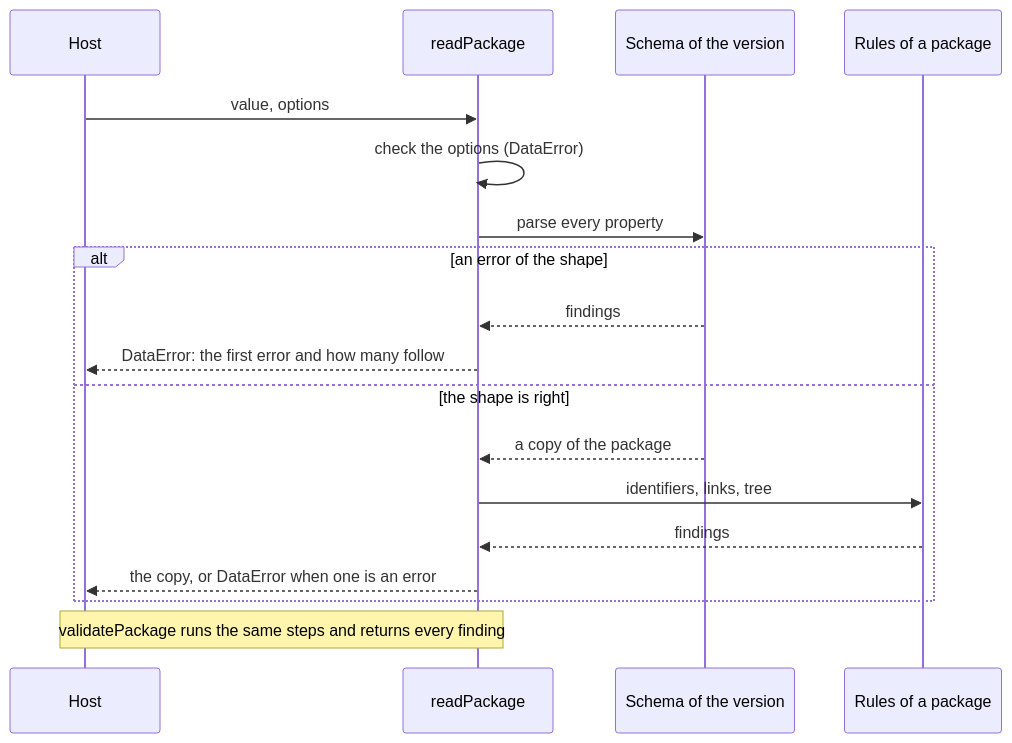
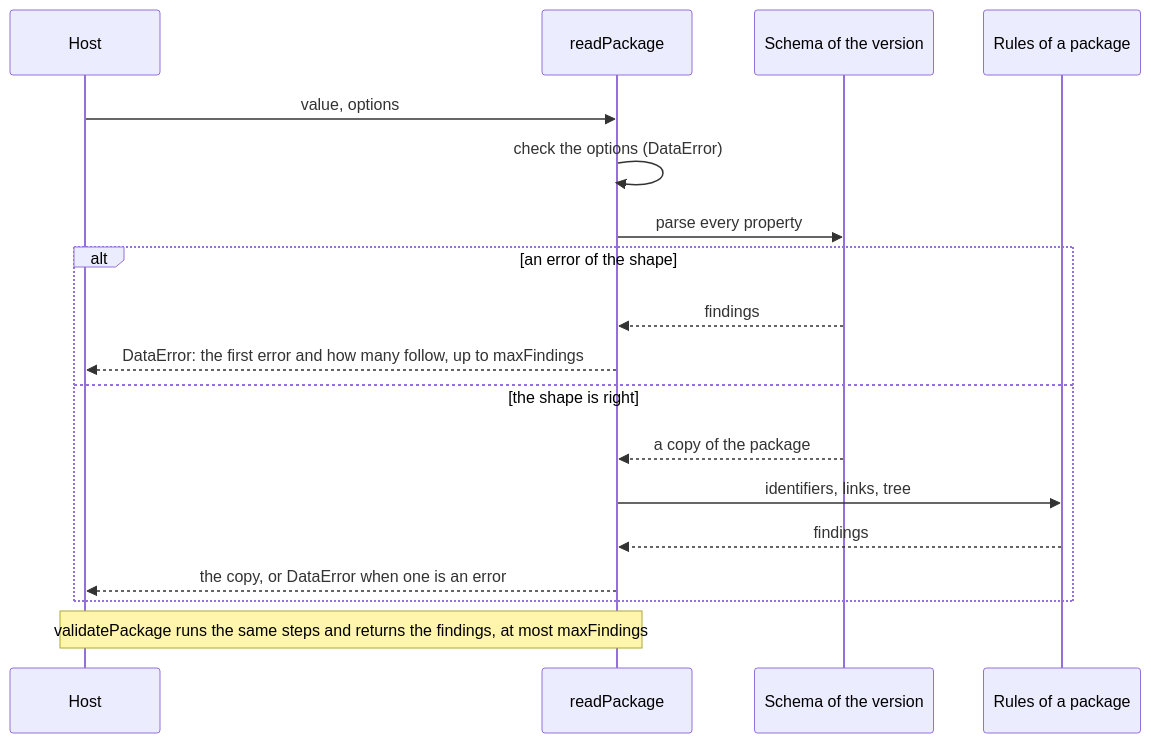
One commit to interopkit/interopkit changed the second of 2 diagrams in docs/competency-frameworks/architecture.md. Above: the diagram before and after it, drawn with Mermaid. The commit also changed other lines of this file and 4 other files, not shown here.

````diff
--- a/docs/competency-frameworks/architecture.md
+++ b/docs/competency-frameworks/architecture.md
@@ -68,20 +68,20 @@
 ```mermaid
 sequenceDiagram
   participant H as Host
   participant R as readPackage
   participant S as Schema of the version
   participant I as Rules of a package
   H->>R: value, options
   R->>R: check the options (DataError)
   R->>S: parse every property
   alt an error of the shape
     S-->>R: findings
-    R-->>H: DataError: the first error and how many follow
+    R-->>H: DataError: the first error and how many follow, up to maxFindings
   else the shape is right
     S-->>R: a copy of the package
     R->>I: identifiers, links, tree
     I-->>R: findings
     R-->>H: the copy, or DataError when one is an error
   end
-  Note over H,R: validatePackage runs the same steps and returns every finding
+  Note over H,R: validatePackage runs the same steps and returns the findings, at most maxFindings
 ```
````
